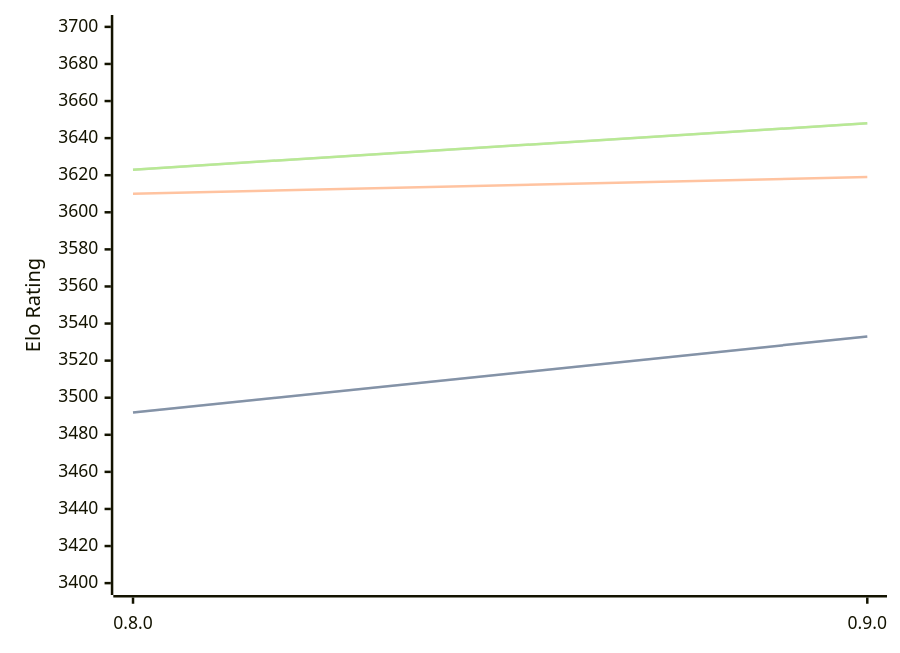
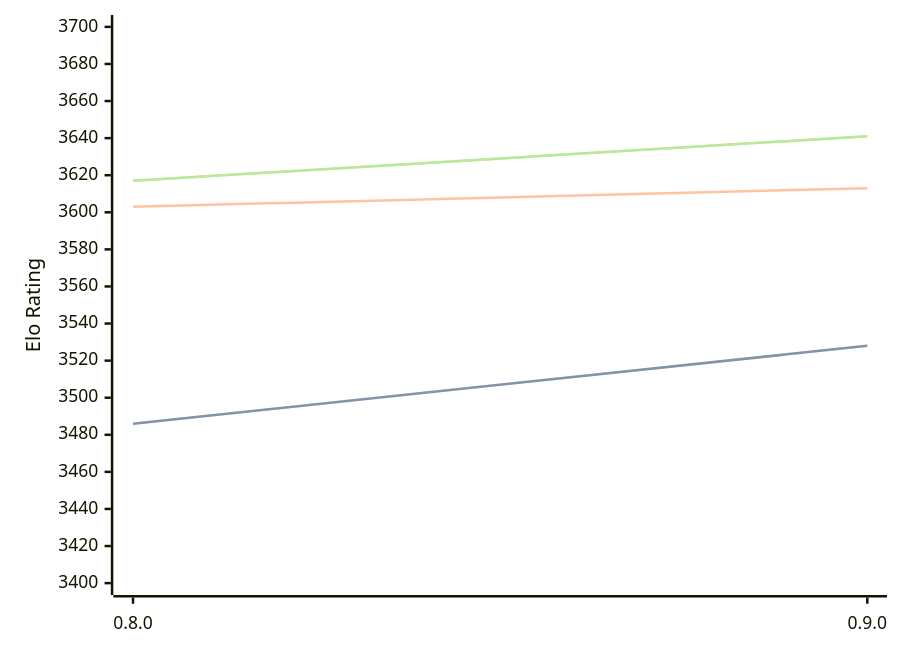
The diagram in engines/Reckless.md (computer-chess-index/cci), drawn with Mermaid before and after one commit. The commit also changed other lines of this file, not shown here.

Commit message:
Update CCI Ratings (ELO VLTC) - 2026-05-18

````diff
--- a/engines/Reckless.md
+++ b/engines/Reckless.md
@@ -39,11 +39,11 @@
 ```mermaid
 %%{init: {"theme":"base","themeVariables":{"seriesColors:['#a3a3a3','#222221','#faa371']}}}%%
 xychart-beta
   x-axis ["0.8.0", "0.9.0"]
   y-axis "Elo Rating" 3400 --> 3700
-  line "STC (8.0+0.08s)" [3492, 3533]
-  line "STC (8.0+0.08s)" [3492, 3533]
-  line "LTC (60.0+0.60s)" [3610, 3619]
-  line "VLTC (2m24s+1.12s)" [3623, 3648]
-  line "VLTC (2m24s+1.12s)" [3623, 3648]
+  line "STC (8.0+0.08s)" [3486, 3528]
+  line "STC (8.0+0.08s)" [3486, 3528]
+  line "LTC (60.0+0.60s)" [3603, 3613]
+  line "VLTC (2m24s+1.12s)" [3617, 3641]
+  line "VLTC (2m24s+1.12s)" [3617, 3641]
 ```
````
